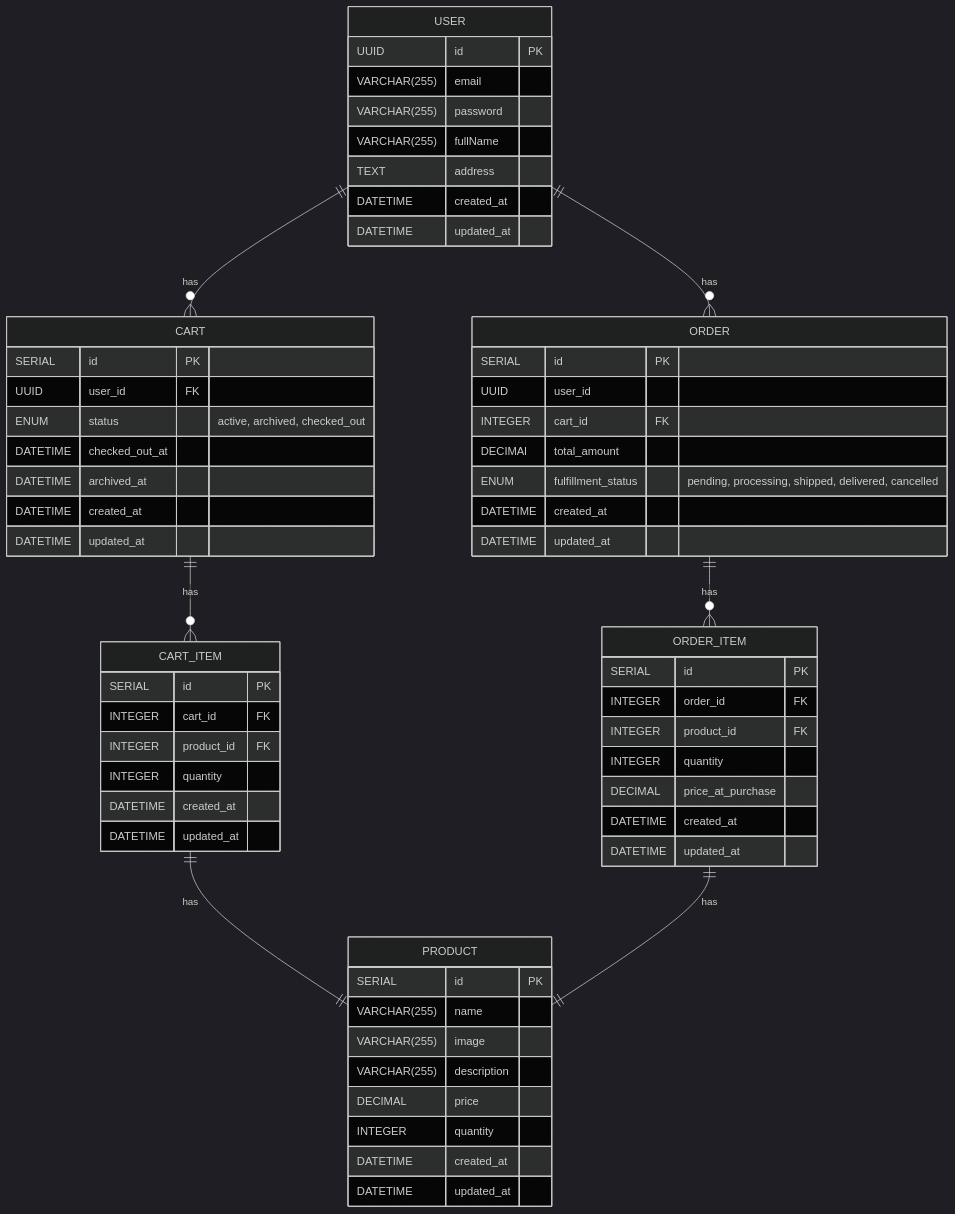
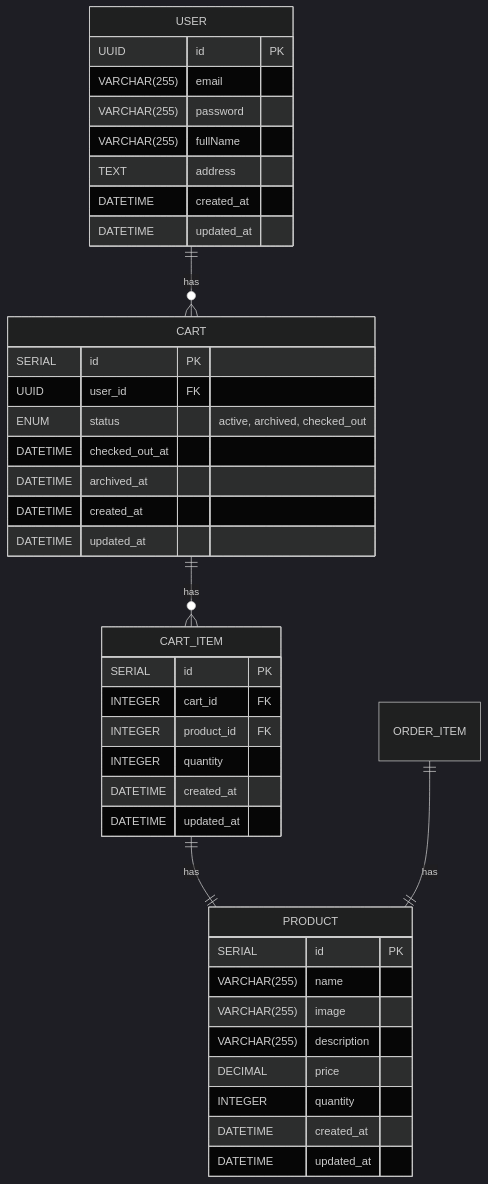
Before and after one commit to Dana-Klesly/karas_chan: the diagram in KarasChan-master/src/db/README.md, drawn with Mermaid.

````diff
--- a/KarasChan-master/src/db/README.md
+++ b/KarasChan-master/src/db/README.md
@@ -5,75 +5,54 @@
 ```mermaid
 %%{init: {'theme':'dark'}}%%
 erDiagram
 
 USER ||--}o CART : has
-USER ||--}o ORDER : has
 
 CART ||--}o CART_ITEM : has
-ORDER ||--}o ORDER_ITEM : has
 
 CART_ITEM ||--|| PRODUCT : has
 ORDER_ITEM ||--|| PRODUCT : has
 
 USER {
     UUID id PK
     VARCHAR(255) email
     VARCHAR(255) password
     VARCHAR(255) fullName
     TEXT address
     DATETIME created_at
     DATETIME updated_at
 }
 
 CART {
     SERIAL id PK
     UUID user_id FK
     ENUM status  "active, archived, checked_out"
     DATETIME checked_out_at
     DATETIME archived_at
     DATETIME created_at
     DATETIME updated_at
 }
 
 CART_ITEM {
     SERIAL id PK
     INTEGER cart_id FK
     INTEGER product_id FK
     INTEGER quantity
     DATETIME created_at
     DATETIME updated_at
 }
 
-ORDER {
-    SERIAL id PK
-    UUID user_id
-    INTEGER cart_id FK
-    DECIMAl total_amount
-    ENUM fulfillment_status  "pending, processing, shipped, delivered, cancelled"
-    DATETIME created_at
-    DATETIME updated_at
-}
-
-ORDER_ITEM {
-    SERIAL id PK
-    INTEGER order_id FK
-    INTEGER product_id FK
-    INTEGER quantity
-    DECIMAL price_at_purchase
-    DATETIME created_at
-    DATETIME updated_at
-}
 
 PRODUCT {
     SERIAL id PK
     VARCHAR(255) name
     VARCHAR(255) image
     VARCHAR(255) description
     DECIMAL price
     INTEGER quantity
     DATETIME created_at
     DATETIME updated_at
 }
 
 
 ```
````
